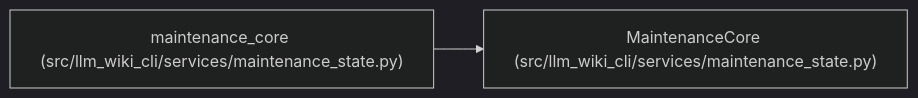
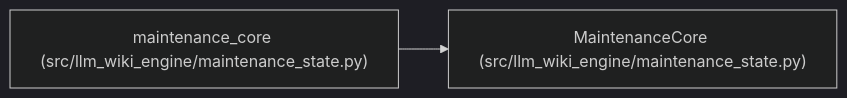
Before and after one commit to Denissvgn/python-wiki-llm: the diagram in docs/llm_wiki/entities/MaintenanceCore.md, drawn with Mermaid (dark theme). The commit also changed other lines of this file and 1058 other files, not shown here.

````diff
--- a/docs/llm_wiki/entities/MaintenanceCore.md
+++ b/docs/llm_wiki/entities/MaintenanceCore.md
@@ -37,8 +37,8 @@
 ```mermaid
 flowchart LR
-    n0["MaintenanceCore (src/llm_wiki_cli/services/maintenance_state.py)"]
-    n1["maintenance_core (src/llm_wiki_cli/services/maintenance_state.py)"]
+    n0["MaintenanceCore (src/llm_wiki_engine/maintenance_state.py)"]
+    n1["maintenance_core (src/llm_wiki_engine/maintenance_state.py)"]
     n1 --> n0
     click n0 "../modules/maintenance_state.md"
     click n1 "../modules/maintenance_state.md"
 ```
````
